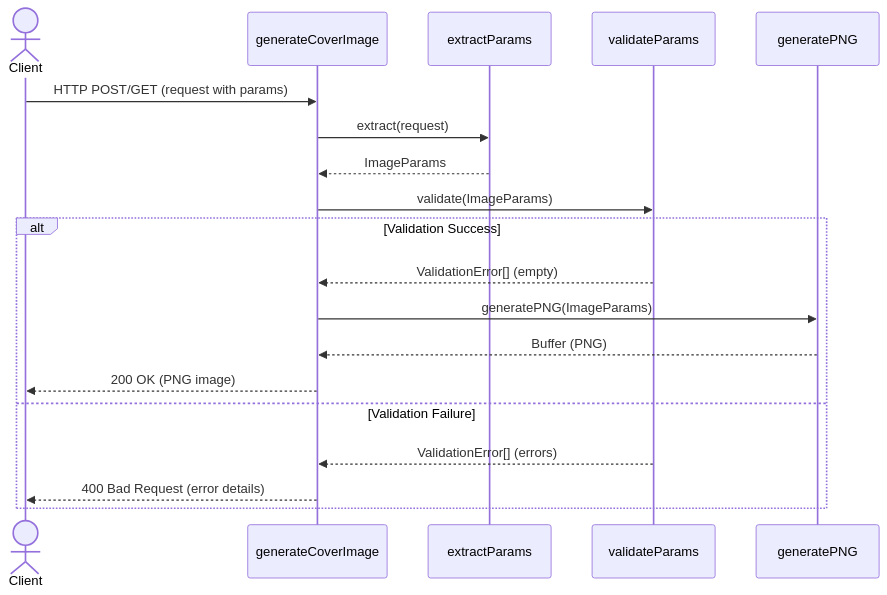
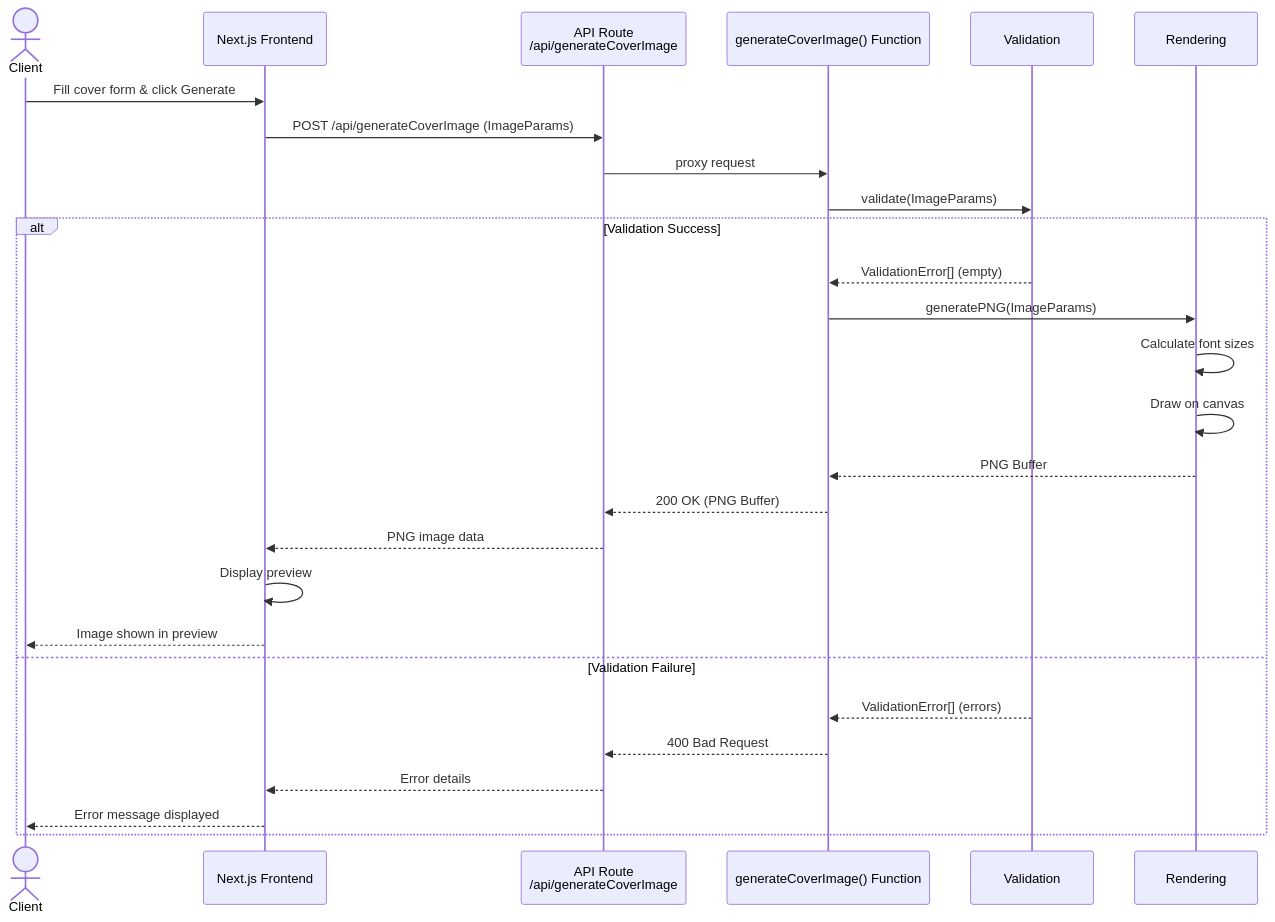
Before and after one commit to victoriacheng15/cover-craft: the fifth of 7 diagrams in docs/backend_architecture.md, drawn with Mermaid. The commit also changed other lines of this file and 1 other file, not shown here.

Commit message:
update frontend and backend architecture docs (#68)

````diff
--- a/docs/backend_architecture.md
+++ b/docs/backend_architecture.md
@@ -134,23 +298,31 @@
 ```mermaid
 sequenceDiagram
     actor Client
-    participant Handler as generateCoverImage
-    participant Extractor as extractParams
-    participant Validator as validateParams
-    participant Renderer as generatePNG
+    participant Frontend as Next.js Frontend
+    participant APIRoute as API Route<br/>/api/generateCoverImage
+    participant GenFunc as generateCoverImage() Function
+    participant Validator as Validation
+    participant Renderer as Rendering
 
-    Client->>Handler: HTTP POST/GET (request with params)
-    Handler->>Extractor: extract(request)
-    Extractor-->>Handler: ImageParams
+    Client->>Frontend: Fill cover form & click Generate
+    Frontend->>APIRoute: POST /api/generateCoverImage (ImageParams)
+    APIRoute->>GenFunc: proxy request
+    GenFunc->>Validator: validate(ImageParams)
     
-    Handler->>Validator: validate(ImageParams)
     alt Validation Success
-        Validator-->>Handler: ValidationError[] (empty)
-        Handler->>Renderer: generatePNG(ImageParams)
-        Renderer-->>Handler: Buffer (PNG)
-        Handler-->>Client: 200 OK (PNG image)
+        Validator-->>GenFunc: ValidationError[] (empty)
+        GenFunc->>Renderer: generatePNG(ImageParams)
+        Renderer->>Renderer: Calculate font sizes
+        Renderer->>Renderer: Draw on canvas
+        Renderer-->>GenFunc: PNG Buffer
+        GenFunc-->>APIRoute: 200 OK (PNG Buffer)
+        APIRoute-->>Frontend: PNG image data
+        Frontend->>Frontend: Display preview
+        Frontend-->>Client: Image shown in preview
     else Validation Failure
-        Validator-->>Handler: ValidationError[] (errors)
-        Handler-->>Client: 400 Bad Request (error details)
+        Validator-->>GenFunc: ValidationError[] (errors)
+        GenFunc-->>APIRoute: 400 Bad Request
+        APIRoute-->>Frontend: Error details
+        Frontend-->>Client: Error message displayed
     end
 ```
````
